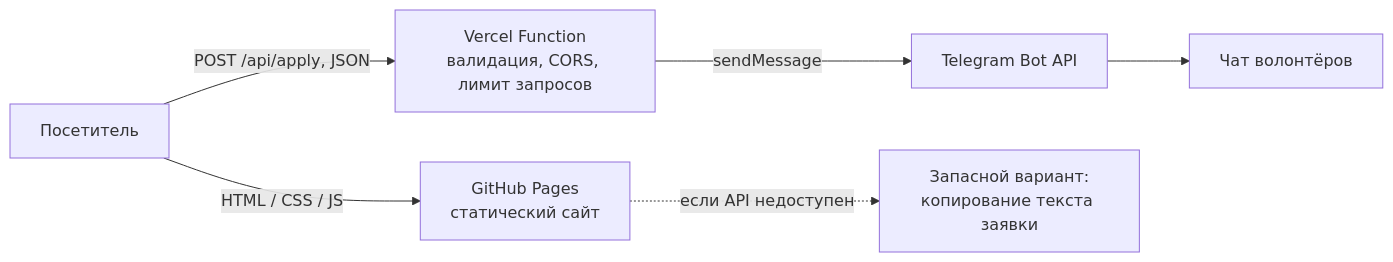
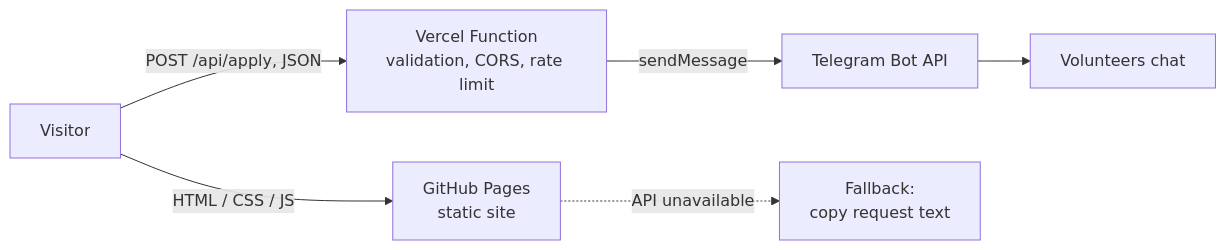
One commit to SimaKogan/khvostiki-portfolio changed the diagram in README.md. Above: the diagram before and after it, drawn with Mermaid. The commit also changed other lines of this file and 3 other files, not shown here.

````diff
--- a/README.md
+++ b/README.md
@@ -45,8 +47,8 @@
 ```mermaid
 flowchart LR
-    U[Посетитель] -->|HTML / CSS / JS| P[GitHub Pages<br/>статический сайт]
-    U -->|POST /api/apply, JSON| W[Vercel Function<br/>валидация, CORS, лимит запросов]
+    U[Visitor] -->|HTML / CSS / JS| P[GitHub Pages<br/>static site]
+    U -->|POST /api/apply, JSON| W[Vercel Function<br/>validation, CORS, rate limit]
     W -->|sendMessage| T[Telegram Bot API]
-    T --> V[Чат волонтёров]
-    P -. если API недоступен .-> F[Запасной вариант:<br/>копирование текста заявки]
+    T --> V[Volunteers chat]
+    P -. API unavailable .-> F[Fallback:<br/>copy request text]
 ```
````
